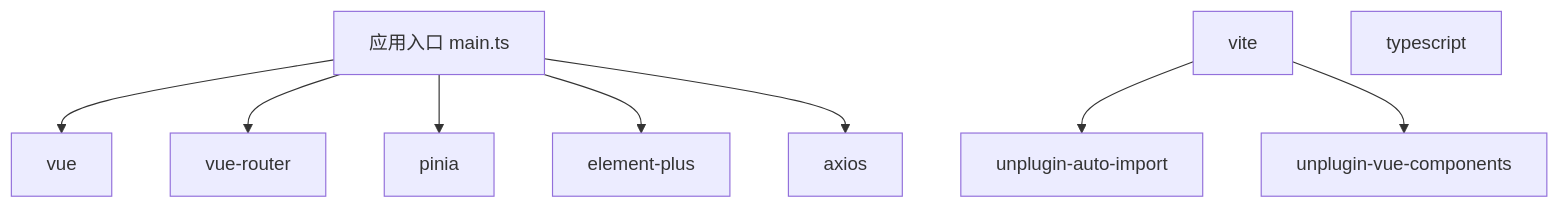
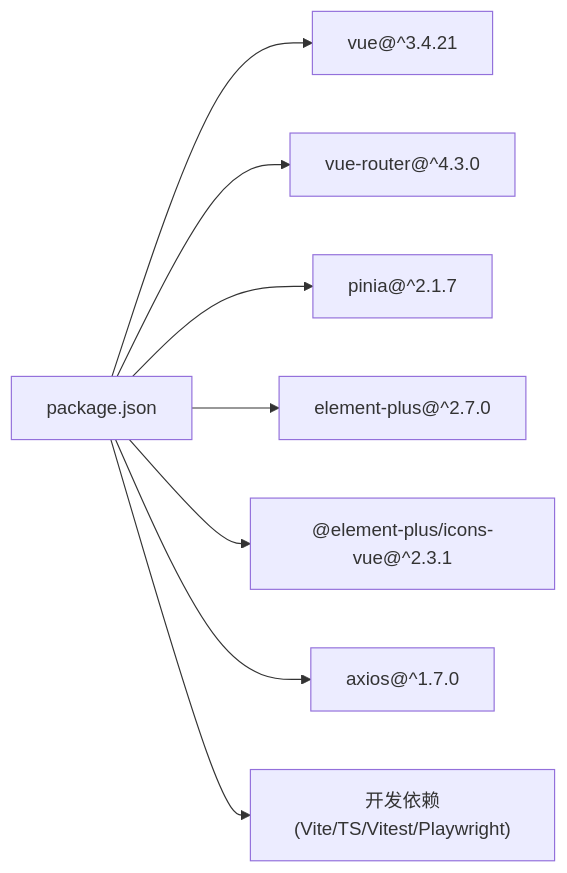
The seventh of 7 diagrams in .qoder/repowiki/zh/content/前端架构设计/前端架构设计.md (koala-xiong/communication-qoder), drawn with Mermaid before and after one commit. The commit also changed other lines of this file and 73 other files, not shown here.

````diff
--- a/.qoder/repowiki/zh/content/前端架构设计/前端架构设计.md
+++ b/.qoder/repowiki/zh/content/前端架构设计/前端架构设计.md
@@ -479,20 +300,10 @@
 ```mermaid
-graph TB
-App["应用入口 main.ts"]
-Vue["vue"]
-Router["vue-router"]
-Pinia["pinia"]
-Element["element-plus"]
-Axios["axios"]
-Vite["vite"]
-TS["typescript"]
-AutoImp["unplugin-auto-import"]
-CompAuto["unplugin-vue-components"]
-App --> Vue
-App --> Router
-App --> Pinia
-App --> Element
-App --> Axios
-Vite --> AutoImp
-Vite --> CompAuto
+graph LR
+P["package.json"] --> VUE["vue@^3.4.21"]
+P --> ROUTER["vue-router@^4.3.0"]
+P --> PINIA["pinia@^2.1.7"]
+P --> ELE["element-plus@^2.7.0"]
+P --> ICONS["@element-plus/icons-vue@^2.3.1"]
+P --> AXIOS["axios@^1.7.0"]
+P --> DEV["开发依赖(Vite/TS/Vitest/Playwright)"]
 ```
````
